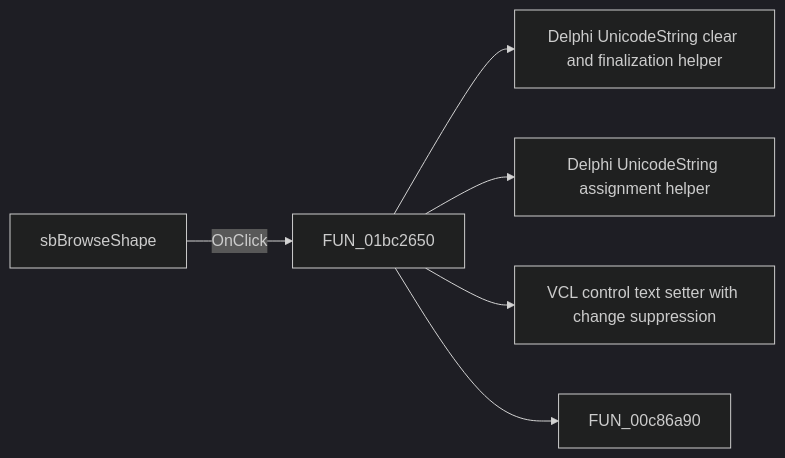
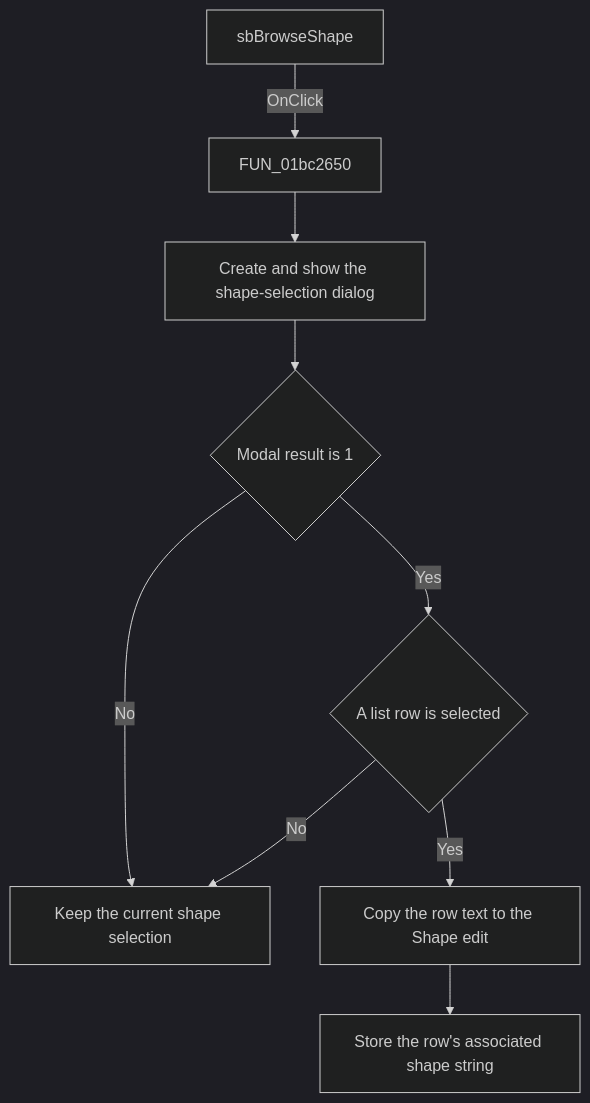
One commit to MovGP0/TIARA changed the diagram in docs/ui-controls/frmpcbonlycompwizard/sbbrowseshape-2874d344db.md. Above: the diagram before and after it, drawn with Mermaid (dark theme). The commit also changed other lines of this file and 387 other files, not shown here.

````diff
--- a/docs/ui-controls/frmpcbonlycompwizard/sbbrowseshape-2874d344db.md
+++ b/docs/ui-controls/frmpcbonlycompwizard/sbbrowseshape-2874d344db.md
@@ -27,8 +40,11 @@
 ```mermaid
-flowchart LR
+flowchart TD
     control["sbBrowseShape"] -->|OnClick| handler["FUN_01bc2650"]
-    handler --> call1["Delphi UnicodeString clear and finalization helper"]
-    handler --> call2["Delphi UnicodeString assignment helper"]
-    handler --> call3["VCL control text setter with change suppression"]
-    handler --> call4["FUN_00c86a90"]
+    handler --> dialog["Create and show the shape-selection dialog"]
+    dialog --> accepted{"Modal result is 1"}
+    accepted -->|No| unchanged["Keep the current shape selection"]
+    accepted -->|Yes| selected{"A list row is selected"}
+    selected -->|No| unchanged
+    selected -->|Yes| display["Copy the row text to the Shape edit"]
+    display --> identity["Store the row's associated shape string"]
 ```
````
